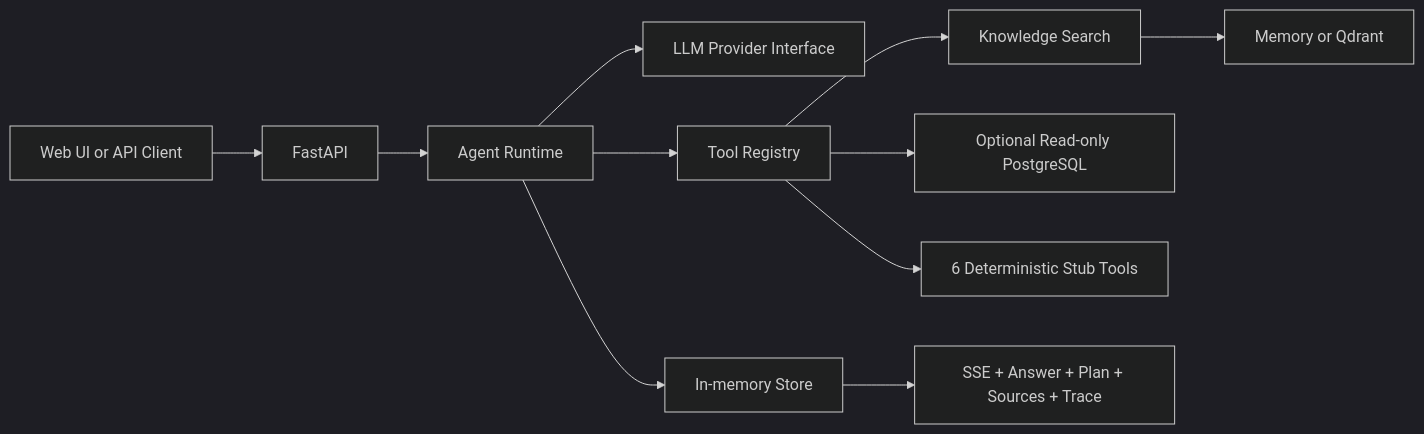
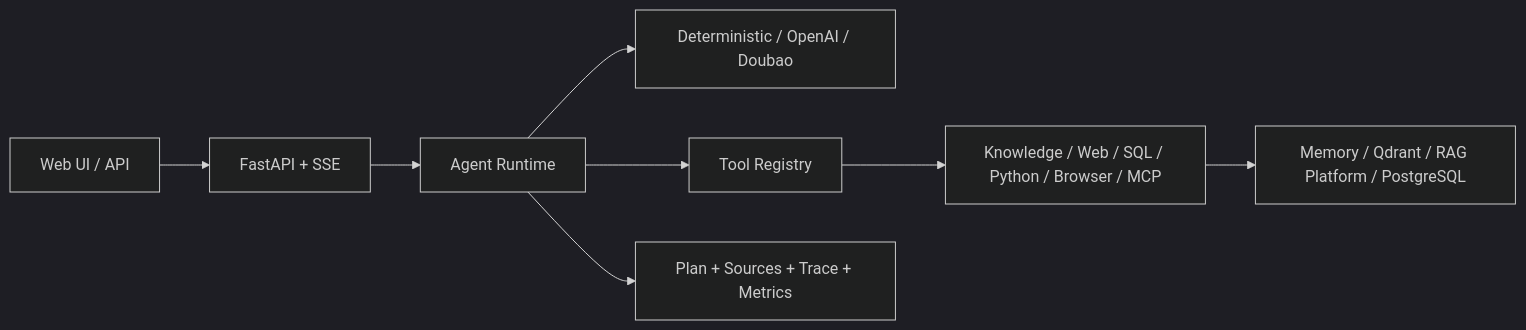
Before and after one commit to Today-Hbw/enterprise-research-agent: the diagram in README.md, drawn with Mermaid (dark theme). The commit also changed other lines of this file and 2 other files, not shown here.

````diff
--- a/README.md
+++ b/README.md
@@ -26,13 +34,10 @@
 ```mermaid
 flowchart LR
-    UI[Web UI or API Client] --> API[FastAPI]
-    API --> RT[Agent Runtime]
-    RT --> LLM[LLM Provider Interface]
-    RT --> REG[Tool Registry]
-    REG --> KNOW[Knowledge Search]
-    KNOW --> QDRANT[Memory or Qdrant]
-    REG --> SQL[Optional Read-only PostgreSQL]
-    REG --> STUB[6 Deterministic Stub Tools]
-    RT --> STORE[In-memory Store]
-    STORE --> OUT[SSE + Answer + Plan + Sources + Trace]
+    Client[Web UI / API] --> API[FastAPI + SSE]
+    API --> Runtime[Agent Runtime]
+    Runtime --> LLM[Deterministic / OpenAI / Doubao]
+    Runtime --> Registry[Tool Registry]
+    Registry --> Tools[Knowledge / Web / SQL / Python / Browser / MCP]
+    Tools --> Backends[Memory / Qdrant / RAG Platform / PostgreSQL]
+    Runtime --> Result[Plan + Sources + Trace + Metrics]
 ```
````
